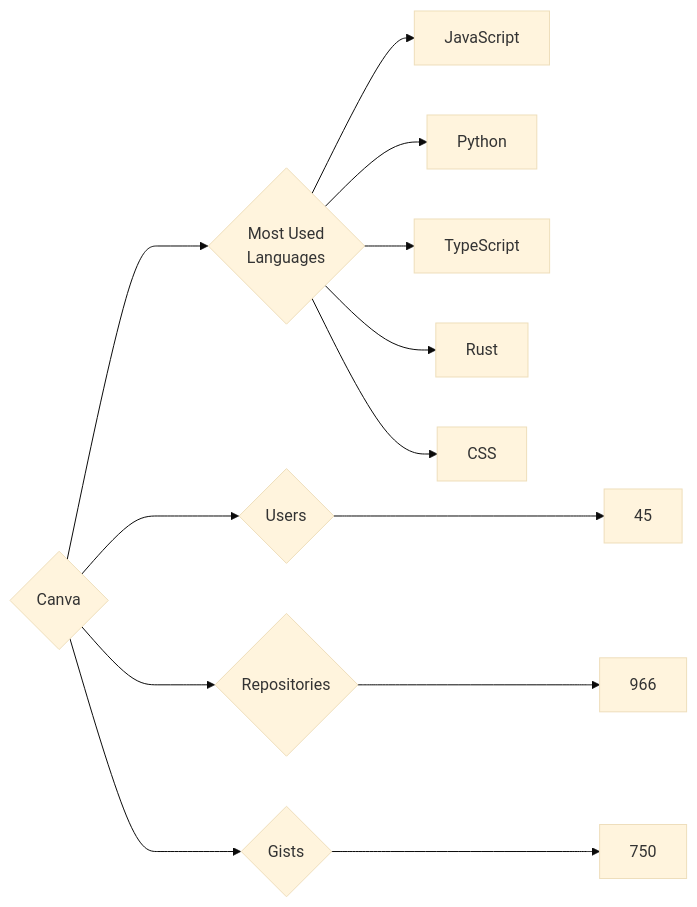
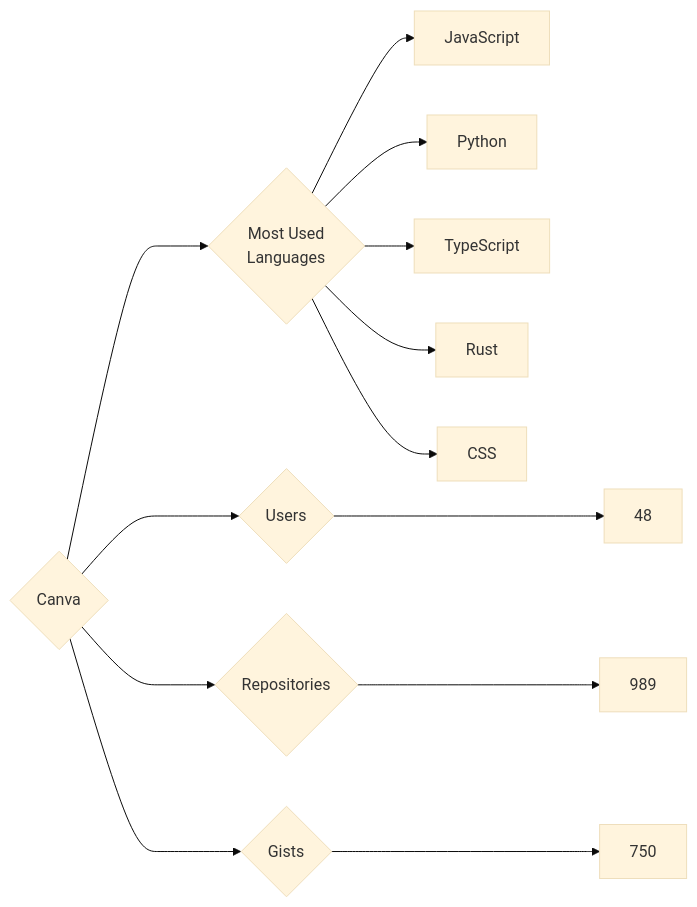
The diagram in targets/Canva/README.md (trickest/insiders), drawn with Mermaid (base theme) before and after one commit. The commit also changed 998 other files, not shown here.

````diff
--- a/targets/Canva/README.md
+++ b/targets/Canva/README.md
@@ -3,13 +3,13 @@
 ```mermaid
 graph LR
 COMPANY_NAME{Canva}
-COMPANY_NAME ---> U{Users} ---> UN[45]
-COMPANY_NAME ---> R{Repositories} ---> RN[966]
+COMPANY_NAME ---> U{Users} ---> UN[48]
+COMPANY_NAME ---> R{Repositories} ---> RN[989]
 COMPANY_NAME ---> G{Gists} ---> GN[750]
 COMPANY_NAME ---> ML{Most Used<br>Languages}
 ML --> JavaScript[JavaScript]
 ML --> Python[Python]
 ML --> TypeScript[TypeScript]
 ML --> Rust[Rust]
 ML --> CSS[CSS]
 ```
````
